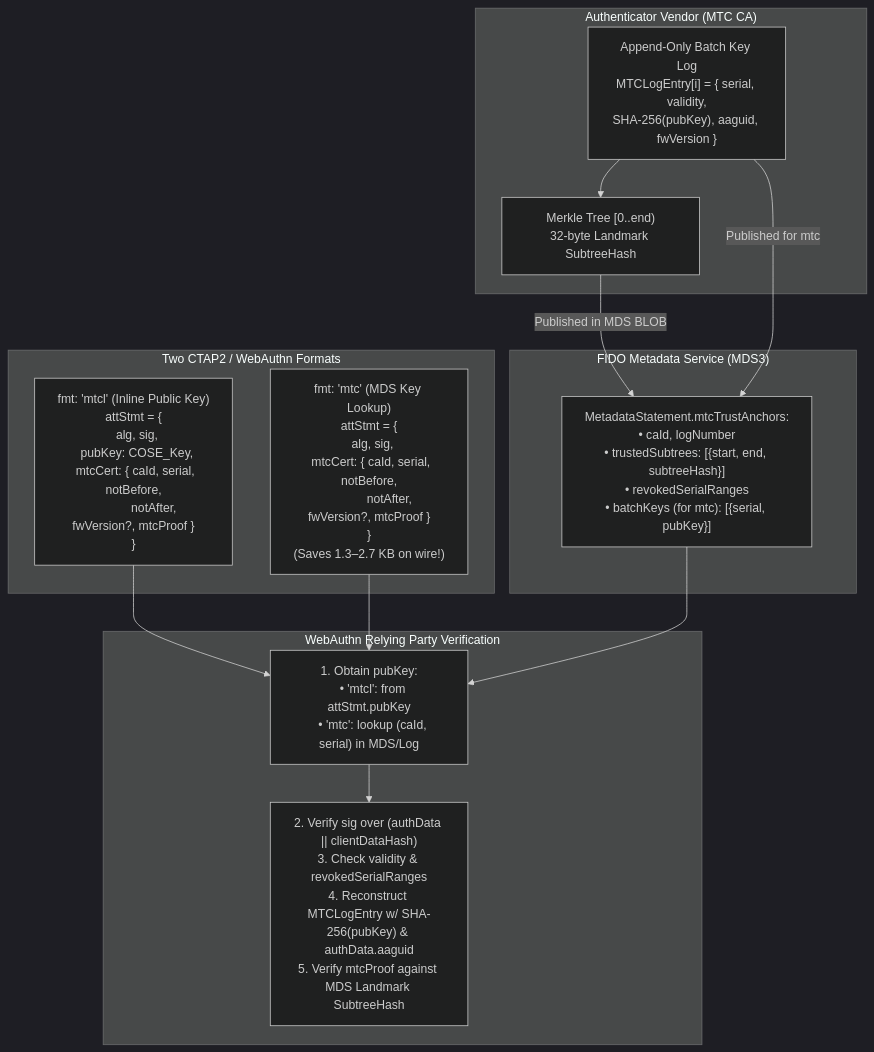
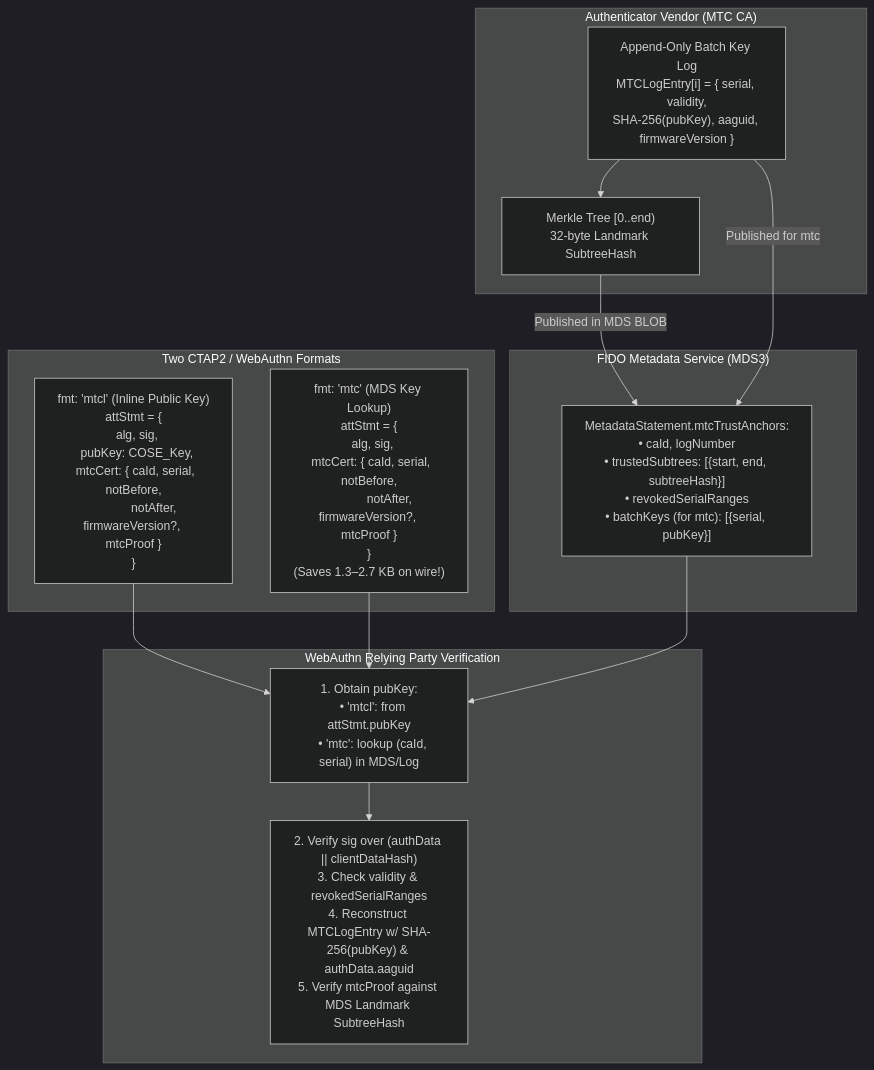
One commit to ve7jtb/ve7jtb.github.io changed the first of 4 diagrams in pq_mtc_attestation_proposal.md. Above: the diagram before and after it, drawn with Mermaid (dark theme). The commit also changed other lines of this file and 8 other files, not shown here.

Commit message:
Update MTC and mtcDebug to use CTAP 2.3 firmwareVersion (0x0E) and support proof-less manifest mode

````diff
--- a/pq_mtc_attestation_proposal.md
+++ b/pq_mtc_attestation_proposal.md
@@ -69,29 +69,29 @@
 ```mermaid
 flowchart TB
     subgraph Vendor["Authenticator Vendor (MTC CA)"]
-        Log["Append-Only Batch Key Log\nMTCLogEntry[i] = { serial, validity,\nSHA-256(pubKey), aaguid, fwVersion }"]
+        Log["Append-Only Batch Key Log\nMTCLogEntry[i] = { serial, validity,\nSHA-256(pubKey), aaguid, firmwareVersion }"]
         Tree["Merkle Tree [0..end)\n32-byte Landmark SubtreeHash"]
         Log --> Tree
     end
 
     subgraph MDS["FIDO Metadata Service (MDS3)"]
         Stmt["MetadataStatement.mtcTrustAnchors:\n• caId, logNumber\n• trustedSubtrees: [{start, end, subtreeHash}]\n• revokedSerialRanges\n• batchKeys (for mtc): [{serial, pubKey}]"]
     end
 
     subgraph Formats["Two CTAP2 / WebAuthn Formats"]
-        MTC["fmt: 'mtcl' (Inline Public Key)\nattStmt = {\n  alg, sig,\n  pubKey: COSE_Key,\n  mtcCert: { caId, serial, notBefore,\n             notAfter, fwVersion?, mtcProof }\n}"]
-        MTCC["fmt: 'mtc' (MDS Key Lookup)\nattStmt = {\n  alg, sig,\n  mtcCert: { caId, serial, notBefore,\n             notAfter, fwVersion?, mtcProof }\n}\n(Saves 1.3–2.7 KB on wire!)"]
+        MTC["fmt: 'mtcl' (Inline Public Key)\nattStmt = {\n  alg, sig,\n  pubKey: COSE_Key,\n  mtcCert: { caId, serial, notBefore,\n             notAfter, firmwareVersion?, mtcProof }\n}"]
+        MTCC["fmt: 'mtc' (MDS Key Lookup)\nattStmt = {\n  alg, sig,\n  mtcCert: { caId, serial, notBefore,\n             notAfter, firmwareVersion?, mtcProof }\n}\n(Saves 1.3–2.7 KB on wire!)"]
     end
 
     subgraph RP["WebAuthn Relying Party Verification"]
         V1["1. Obtain pubKey:\n   • 'mtcl': from attStmt.pubKey\n   • 'mtc': lookup (caId, serial) in MDS/Log"]
         V2["2. Verify sig over (authData || clientDataHash)\n3. Check validity & revokedSerialRanges\n4. Reconstruct MTCLogEntry w/ SHA-256(pubKey) & authData.aaguid\n5. Verify mtcProof against MDS Landmark SubtreeHash"]
         V1 --> V2
     end
 
     Tree -->|"Published in MDS BLOB"| Stmt
     Log -->|"Published for mtc"| Stmt
     MTC --> V1
     MTCC --> V1
     Stmt --> V1
 ```
````
